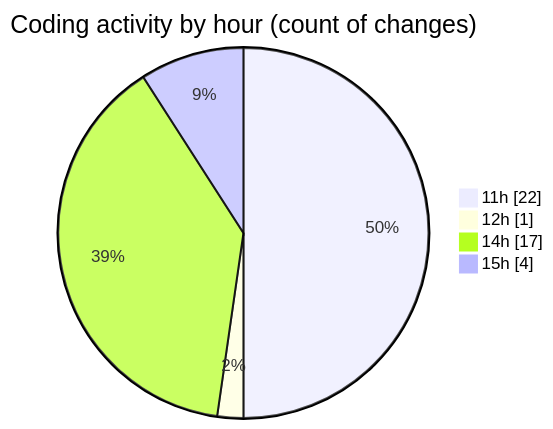
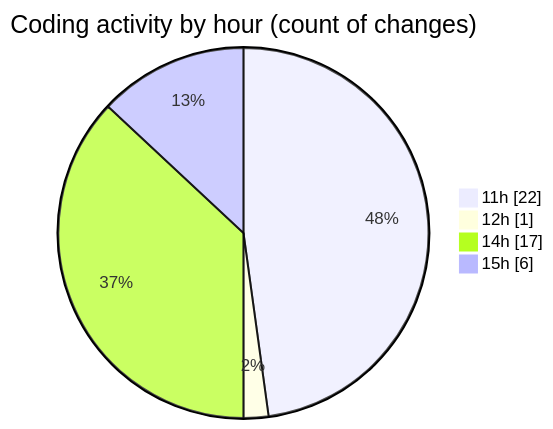
One commit to debugP/code-tracking changed the second of 2 diagrams in 2026-08-05/untitled__workspace_/README.md. Above: the diagram before and after it, drawn with Mermaid. The commit also changed other lines of this file and 1 other file, not shown here.

````diff
--- a/2026-08-05/untitled__workspace_/README.md
+++ b/2026-08-05/untitled__workspace_/README.md
@@ -29,8 +29,8 @@
 ```mermaid
 pie showData
 title Coding activity by hour (count of changes)
 "11h" : 22
 "12h" : 1
 "14h" : 17
-"15h" : 4
+"15h" : 6
 ```
````
